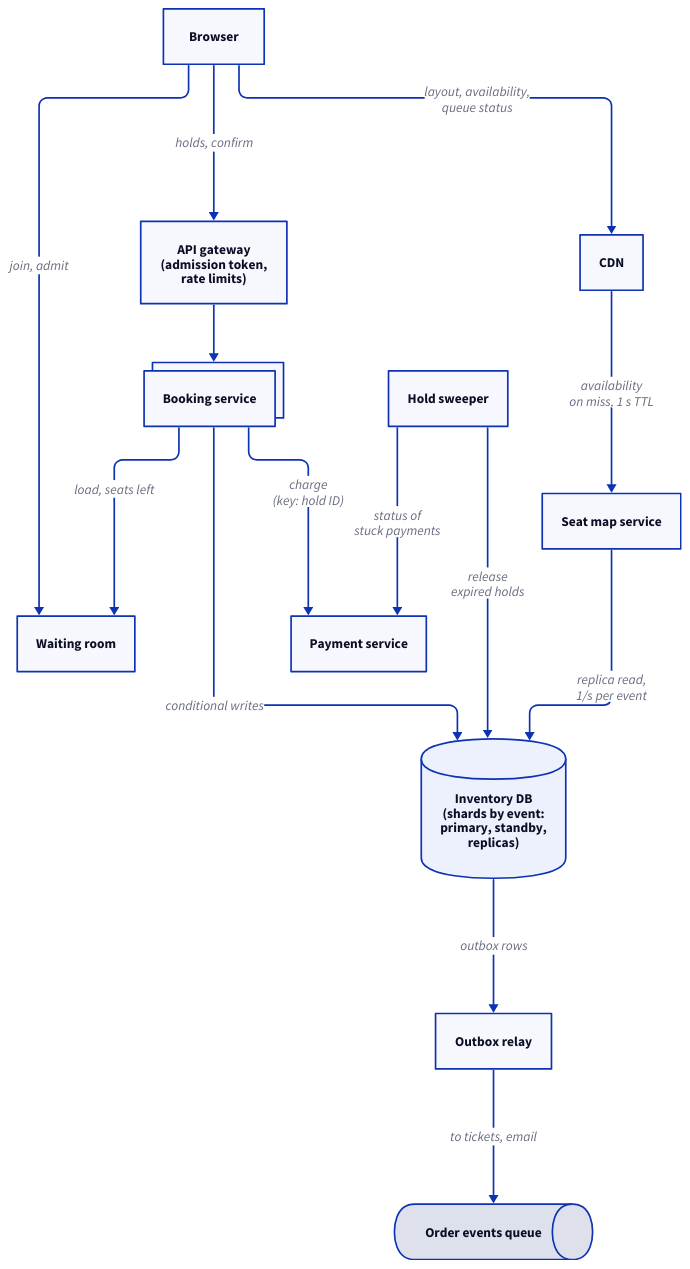
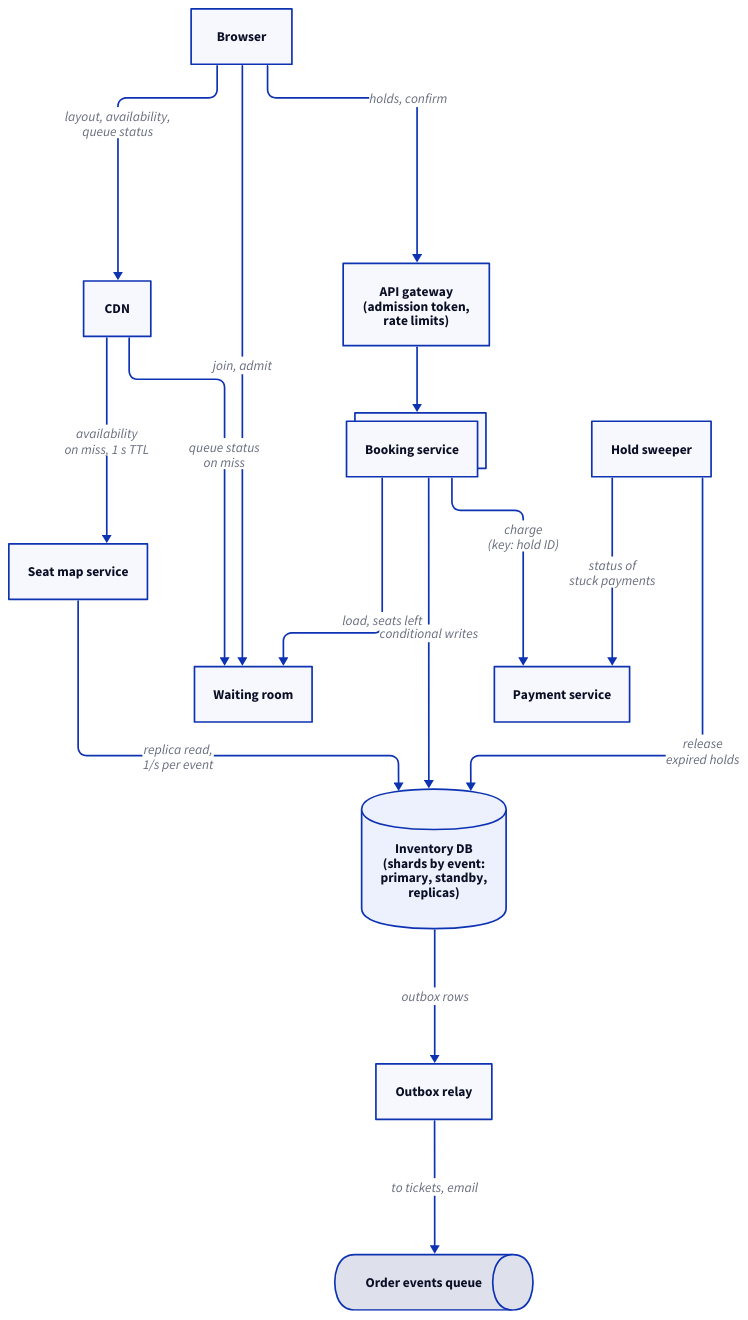
Before and after one commit to enbattle/til: the diagram in src/system-design/diagrams/ticket-booking/architecture.d2, drawn with D2. The commit also changed 17 other files, not shown here.

```diff
--- a/src/system-design/diagrams/ticket-booking/architecture.d2
+++ b/src/system-design/diagrams/ticket-booking/architecture.d2
@@ -1,41 +1,42 @@
 # High-level architecture of the ticket booking system: the CDN and waiting
 # room absorb the on-sale crowd, the booking service makes conditional writes
 # to the sharded inventory database, and confirmed orders leave via an outbox.
 vars: {
   d2-config: {
     layout-engine: elk
   }
 }
 direction: down
 
 client: Browser
 cdn: CDN
 wr: Waiting room
 gw: "API gateway\n(admission token,\nrate limits)"
 booking: Booking service {
   style.multiple: true
 }
 seatmap: Seat map service
 db: "Inventory DB\n(shards by event:\nprimary, standby,\nreplicas)" {
   shape: cylinder
 }
 sweeper: Hold sweeper
 pay: Payment service
 relay: Outbox relay
 queue: Order events queue {
   shape: queue
 }
 
 client -> cdn: "layout, availability,\nqueue status"
 client -> wr: "join, admit"
 client -> gw: "holds, confirm"
 cdn -> seatmap: "availability\non miss, 1 s TTL"
+cdn -> wr: "queue status\non miss"
 gw -> booking
 booking -> db: "conditional writes"
 booking -> pay: "charge\n(key: hold ID)"
 booking -> wr: "load, seats left"
 seatmap -> db: "replica read,\n1/s per event"
 sweeper -> db: "release\nexpired holds"
 sweeper -> pay: "status of\nstuck payments"
 db -> relay: "outbox rows"
 relay -> queue: "to tickets, email"
```
